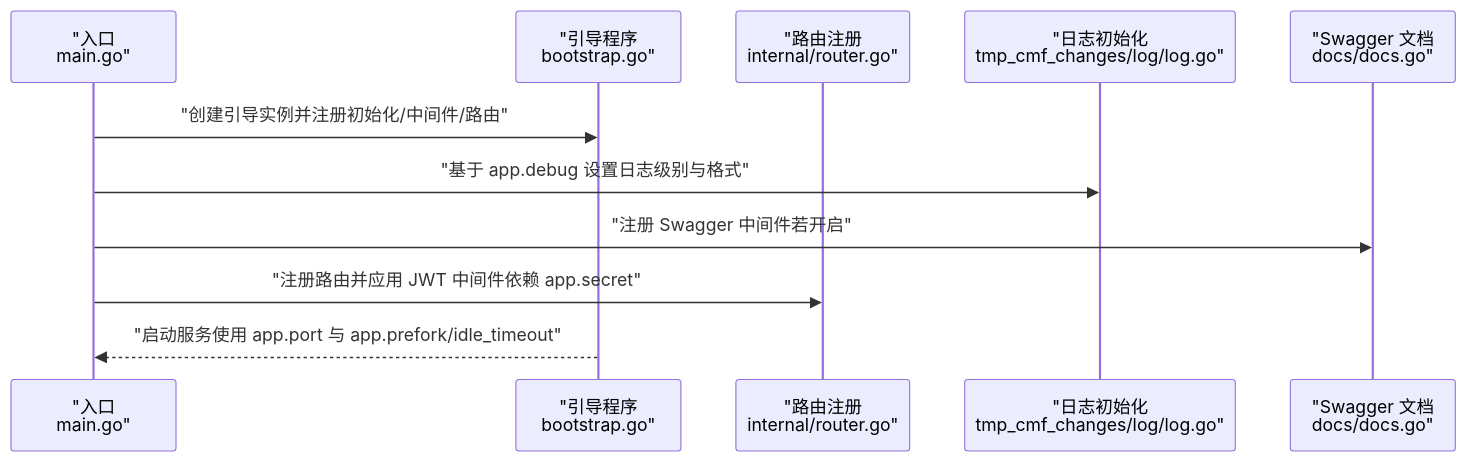
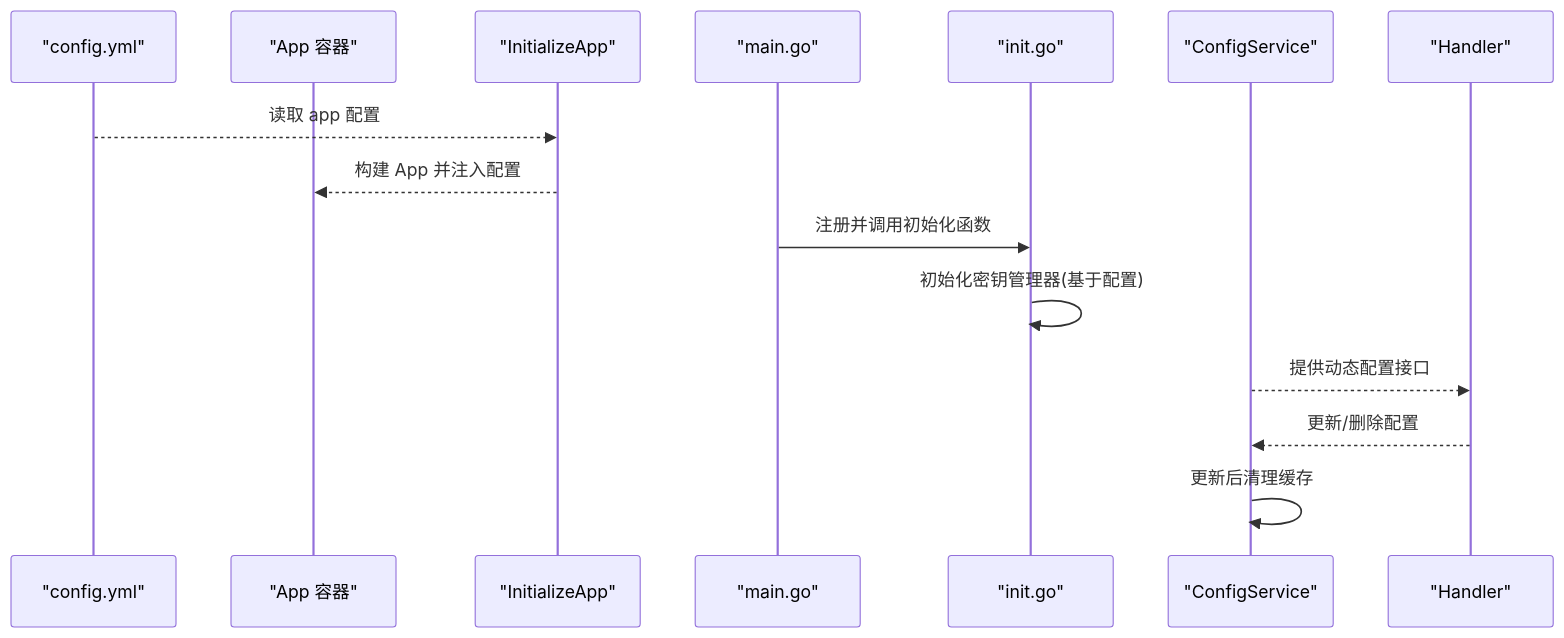
Before and after one commit to wuwuseo/e-sports-go-admin: the second of 3 diagrams in .qoder/repowiki/zh/content/配置管理/应用配置.md, drawn with Mermaid. The commit also changed other lines of this file and 115 other files, not shown here.

````diff
--- a/.qoder/repowiki/zh/content/配置管理/应用配置.md
+++ b/.qoder/repowiki/zh/content/配置管理/应用配置.md
@@ -142,13 +85,17 @@
 ```mermaid
 sequenceDiagram
-participant Entrypoint as "入口<br/>main.go"
-participant Bootstrap as "引导程序<br/>bootstrap.go"
-participant Router as "路由注册<br/>internal/router.go"
-participant Logger as "日志初始化<br/>tmp_cmf_changes/log/log.go"
-participant Swagger as "Swagger 文档<br/>docs/docs.go"
-Entrypoint->>Bootstrap : "创建引导实例并注册初始化/中间件/路由"
-Entrypoint->>Logger : "基于 app.debug 设置日志级别与格式"
-Entrypoint->>Swagger : "注册 Swagger 中间件若开启"
-Entrypoint->>Router : "注册路由并应用 JWT 中间件依赖 app.secret"
-Bootstrap-->>Entrypoint : "启动服务使用 app.port 与 app.prefork/idle_timeout"
+participant YML as "config.yml"
+participant APP as "App 容器"
+participant WIRE as "InitializeApp"
+participant MAIN as "main.go"
+participant INIT as "init.go"
+participant SVC as "ConfigService"
+participant HAND as "Handler"
+YML-->>WIRE : 读取 app 配置
+WIRE-->>APP : 构建 App 并注入配置
+MAIN->>INIT : 注册并调用初始化函数
+INIT->>INIT : 初始化密钥管理器(基于配置)
+SVC-->>HAND : 提供动态配置接口
+HAND-->>SVC : 更新/删除配置
+SVC->>SVC : 更新后清理缓存
 ```
````
